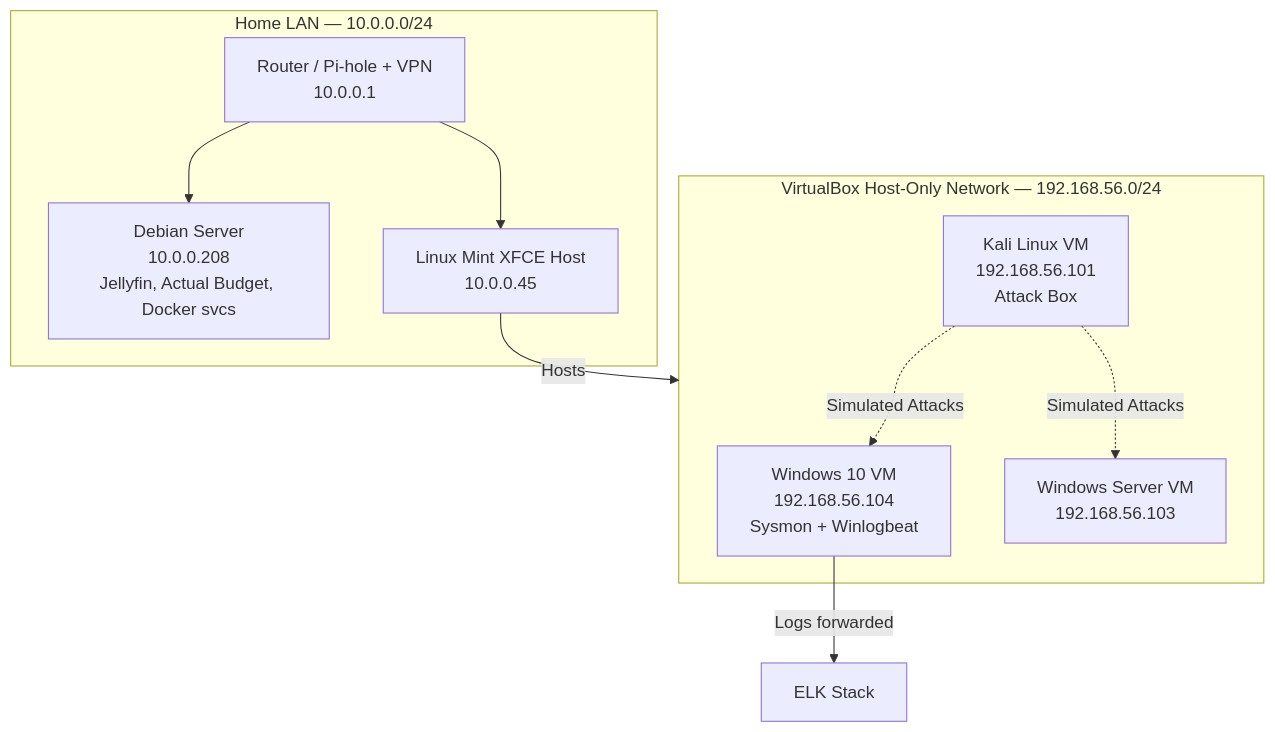
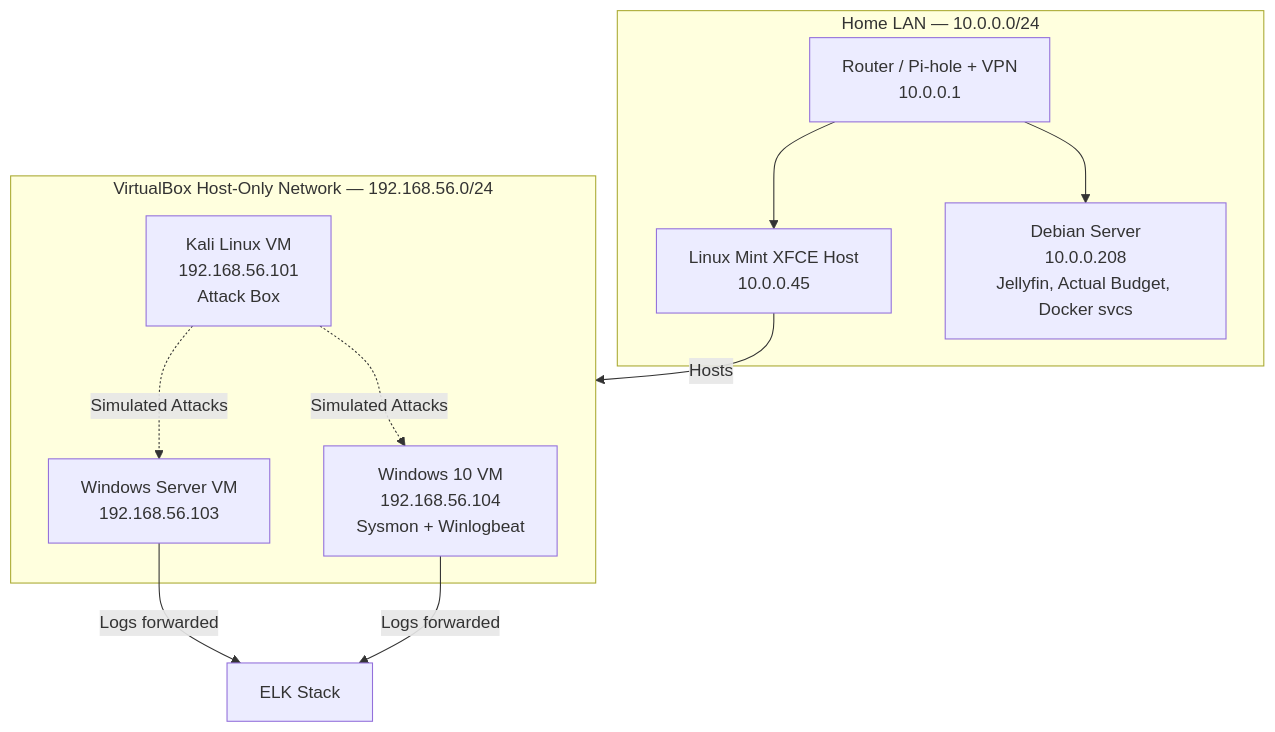
Before and after one commit to anthonysito1/cybersecurity-labs: the diagram in README.md, drawn with Mermaid.

Commit message:
README.md

````diff
--- a/README.md
+++ b/README.md
@@ -13,21 +13,22 @@
 ```mermaid
 graph TB
     subgraph LAN["Home LAN — 10.0.0.0/24"]
         Router["Router / Pi-hole + VPN<br/>10.0.0.1"]
         Server["Debian Server<br/>10.0.0.208<br/>Jellyfin, Actual Budget, Docker svcs"]
         PC["Linux Mint XFCE Host<br/>10.0.0.45"]
     end
 
     subgraph VBOX["VirtualBox Host-Only Network — 192.168.56.0/24"]
         Win10["Windows 10 VM<br/>192.168.56.104<br/>Sysmon + Winlogbeat"]
         WinServer["Windows Server VM<br/>192.168.56.103"]
         Kali["Kali Linux VM<br/>192.168.56.101<br/>Attack Box"]
     end
 
     Router --> Server
     Router --> PC
     PC -->|Hosts| VBOX
     Win10 -->|Logs forwarded| ELK["ELK Stack"]
+    WinServer -->|Logs forwarded| ELK["ELK Stack"]
     Kali -.Simulated Attacks.-> Win10
     Kali -.Simulated Attacks.-> WinServer
 ```
````
